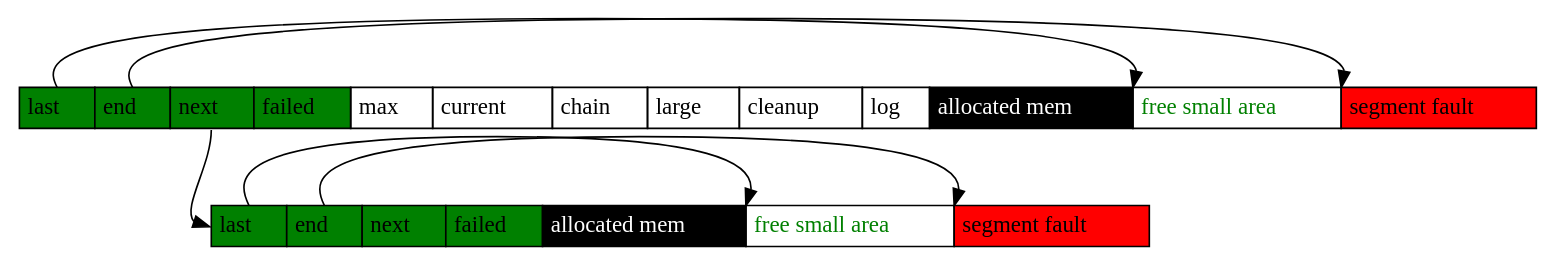
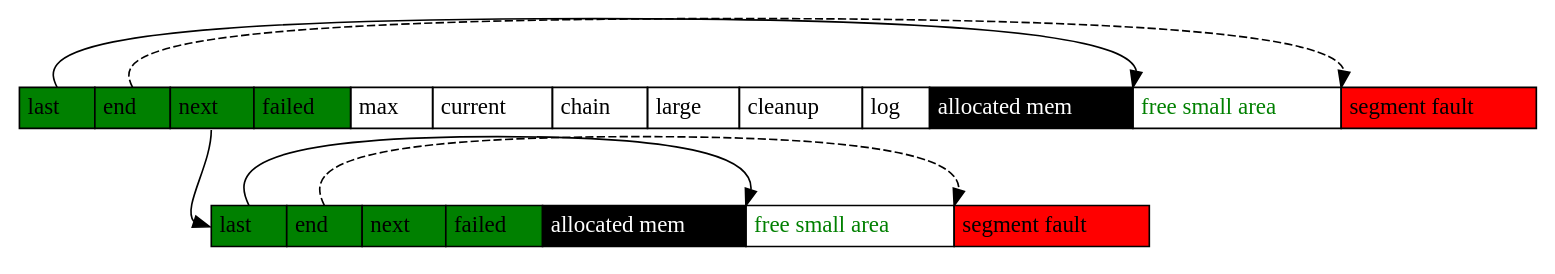
One commit to lawlient/notes changed the diagram in nginx/dot/pool.dot. Above: the diagram before and after it, drawn with Graphviz. The commit also changed 6 other files, not shown here.

```diff
--- a/nginx/dot/pool.dot
+++ b/nginx/dot/pool.dot
@@ -1,46 +1,46 @@
 digraph ngx_pool {
     pool [
         shape="none"
         margin=0
         label=<<table border='0' cellspacing='0' cellborder='1' cellpadding='4'> 
             <tr>
                 <td bgcolor="green" port="last"> last </td>
                 <td bgcolor="green" port="end"> end </td>
                 <td bgcolor="green" port="next"> next </td>
                 <td bgcolor="green"> failed </td>
                 <td> max </td>
                 <td port="current"> current </td>
                 <td port="chain"> chain </td>
                 <td port="large"> large </td>
                 <td port="cleanup"> cleanup </td>
                 <td port="log"> log </td>
                 <td bgcolor="black"><font color="white"> allocated mem </font></td>
                 <td port="free"><font color="green"> free small area </font></td>
                 <td port="free" bgcolor="red"> segment fault </td>
             </tr>
         </table>>
     ]
 
     block [
         shape="none"
         margin=0
         label=<<table border='0' cellspacing='0' cellborder='1' cellpadding='4'> 
             <tr>
                 <td bgcolor="green" port="last"> last </td>
                 <td bgcolor="green" port="end"> end </td>
                 <td bgcolor="green" port="next"> next </td>
                 <td bgcolor="green"> failed </td>
                 <td bgcolor="black"><font color="white"> allocated mem </font></td>
                 <td port="free"><font color="green"> free small area </font></td>
                 <td port="free" bgcolor="red"> segment fault </td>
             </tr>
         </table>>
     ]
 
     pool:next -> block:last:w
     pool:last:n -> pool:free:nw
-    pool:end:n -> pool:free:ne
+    pool:end:n -> pool:free:ne [ style = "dashed" ]
 
     block:last:n -> block:free:nw
-    block:end:n -> block:free:ne
+    block:end:n -> block:free:ne [ style = "dashed" ]
 }
```
